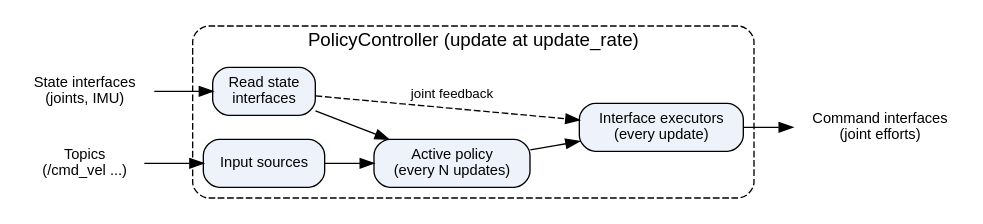
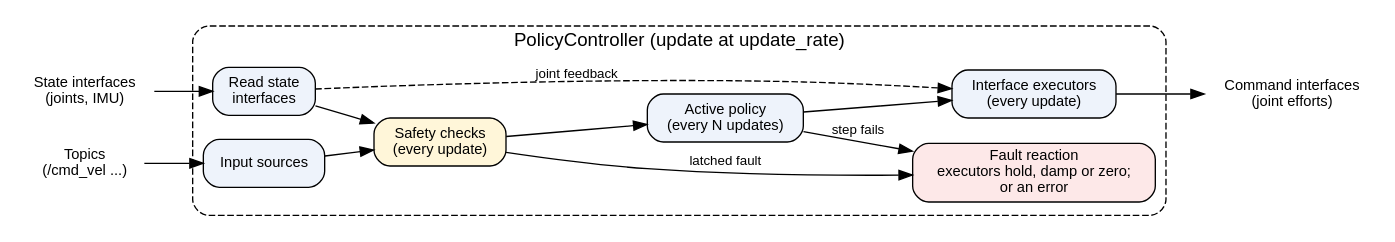
One commit to saikishor/ros2_policy_framework changed the second of 3 diagrams in docs/hosts.rst. Above: the diagram before and after it, drawn with Graphviz. The commit also changed other lines of this file and 4 other files, not shown here.

Commit message:
Document the fault reactions of PolicyController and update its diagrams

```diff
--- a/docs/hosts.rst
+++ b/docs/hosts.rst
@@ -55,24 +55,29 @@
 .. graphviz::
 
    digraph controller_host {
      rankdir=LR;
      node [shape=box, style="rounded,filled", fillcolor="#eef3fb", fontname="Helvetica", fontsize=11];
      edge [fontname="Helvetica", fontsize=10];
      hw_in [label="State interfaces\n(joints, IMU)", shape=plaintext, fillcolor=none];
      topics [label="Topics\n(/cmd_vel ...)", shape=plaintext, fillcolor=none];
      subgraph cluster_ctrl {
        label="PolicyController (update at update_rate)"; style="rounded,dashed"; fontname="Helvetica";
        read [label="Read state\ninterfaces"];
        sources [label="Input sources"];
+       safety [label="Safety checks\n(every update)", fillcolor="#fff6d9"];
        policy [label="Active policy\n(every N updates)"];
        execs [label="Interface executors\n(every update)"];
-       read -> policy;
-       sources -> policy;
+       fault [label="Fault reaction\nexecutors hold, damp or zero;\nor an error", fillcolor="#fde8e8"];
+       read -> safety;
+       sources -> safety;
+       safety -> policy;
        policy -> execs;
+       safety -> fault [label="latched fault"];
+       policy -> fault [label="step fails"];
        read -> execs [label="joint feedback", style=dashed];
      }
      hw_out [label="Command interfaces\n(joint efforts)", shape=plaintext, fillcolor=none];
      hw_in -> read;
      topics -> sources;
      execs -> hw_out;
    }
```
